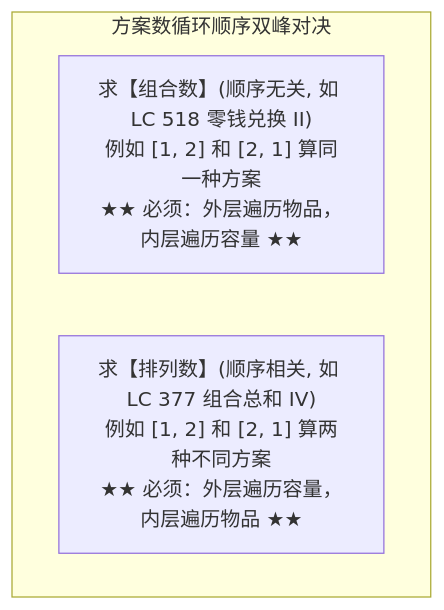
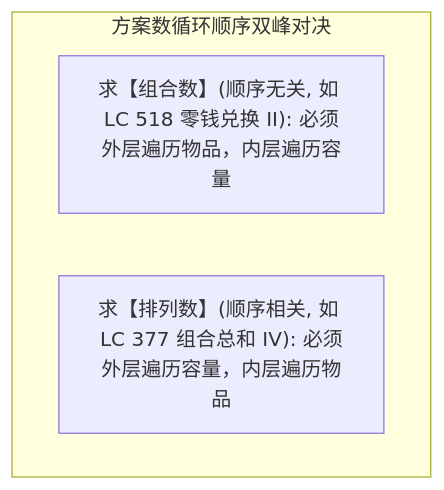
The second of 2 diagrams in 30-算法与数据结构/02-算法思想/10-背包问题.md (GuoWWWX/knowledge-base), drawn with Mermaid before and after one commit. The commit also changed other lines of this file and 251 other files, not shown here.

````diff
--- a/30-算法与数据结构/02-算法思想/10-背包问题.md
+++ b/30-算法与数据结构/02-算法思想/10-背包问题.md
@@ -111,7 +177,7 @@
 ```mermaid
 flowchart TD
     subgraph OrderChoice["方案数循环顺序双峰对决"]
-        Comb["求【组合数】(顺序无关, 如 LC 518 零钱兑换 II)<br/>例如 [1, 2] 和 [2, 1] 算同一种方案<br/>★★ 必须：外层遍历物品，内层遍历容量 ★★"]
-        Perm["求【排列数】(顺序相关, 如 LC 377 组合总和 IV)<br/>例如 [1, 2] 和 [2, 1] 算两种不同方案<br/>★★ 必须：外层遍历容量，内层遍历物品 ★★"]
+        Comb["求【组合数】(顺序无关, 如 LC 518 零钱兑换 II): 必须外层遍历物品，内层遍历容量"]
+        Perm["求【排列数】(顺序相关, 如 LC 377 组合总和 IV): 必须外层遍历容量，内层遍历物品"]
     end
 ```
````
